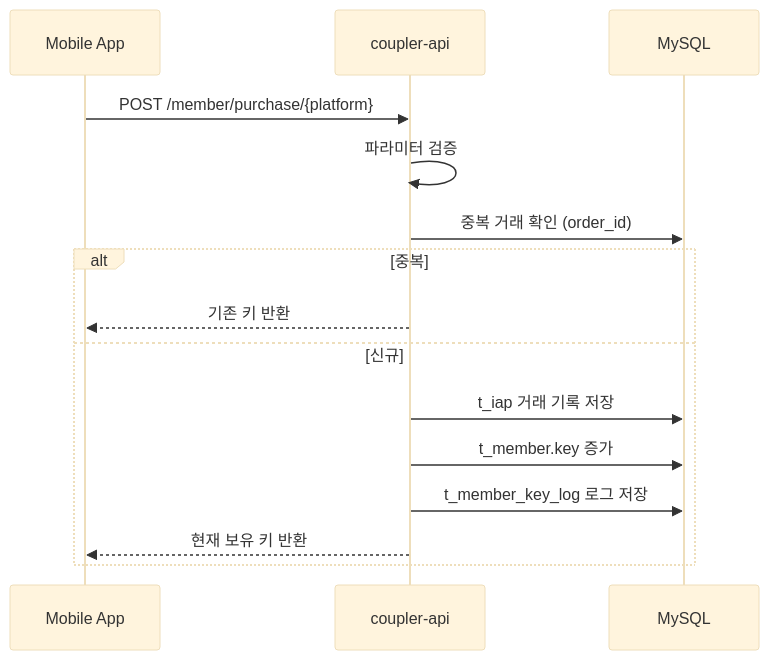
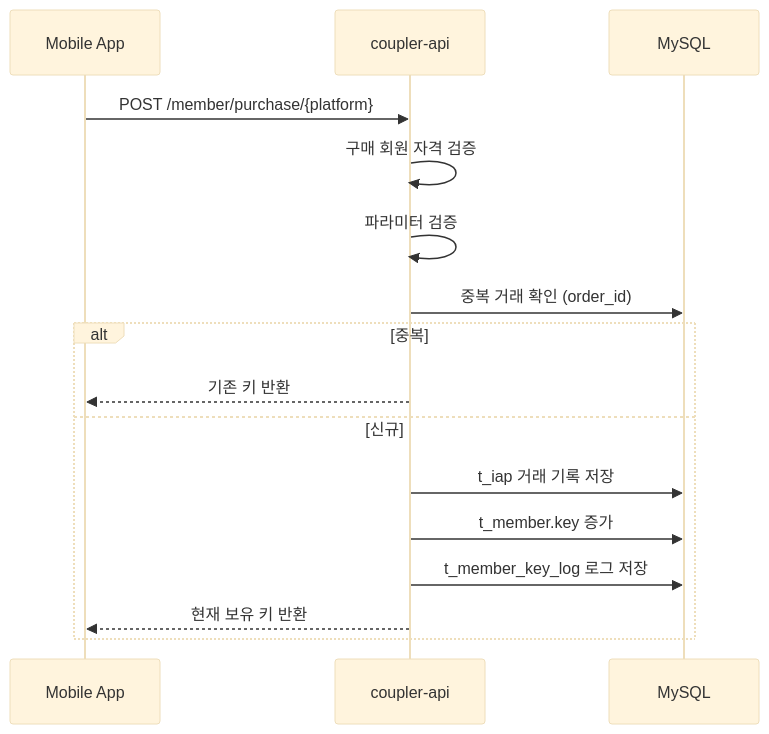
Before and after one commit to coupler-developer/docs: the second of 3 diagrams in content/architecture/payment-system.md, drawn with Mermaid (base theme). The commit also changed other lines of this file and 2 other files, not shown here.

````diff
--- a/content/architecture/payment-system.md
+++ b/content/architecture/payment-system.md
@@ -87,18 +104,19 @@
 ```mermaid
 sequenceDiagram
     participant App as Mobile App
     participant API as coupler-api
     participant DB as MySQL
 
     App->>API: POST /member/purchase/{platform}
+    API->>API: 구매 회원 자격 검증
     API->>API: 파라미터 검증
     API->>DB: 중복 거래 확인 (order_id)
     alt 중복
         API-->>App: 기존 키 반환
     else 신규
         API->>DB: t_iap 거래 기록 저장
         API->>DB: t_member.key 증가
         API->>DB: t_member_key_log 로그 저장
         API-->>App: 현재 보유 키 반환
     end
 ```
````
